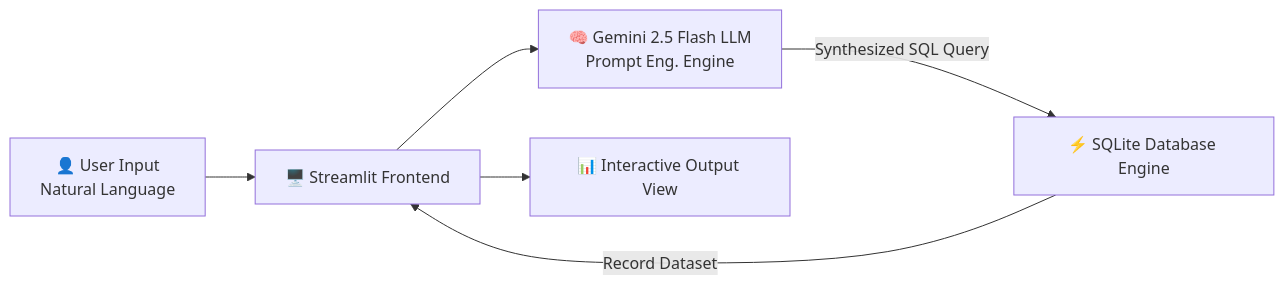
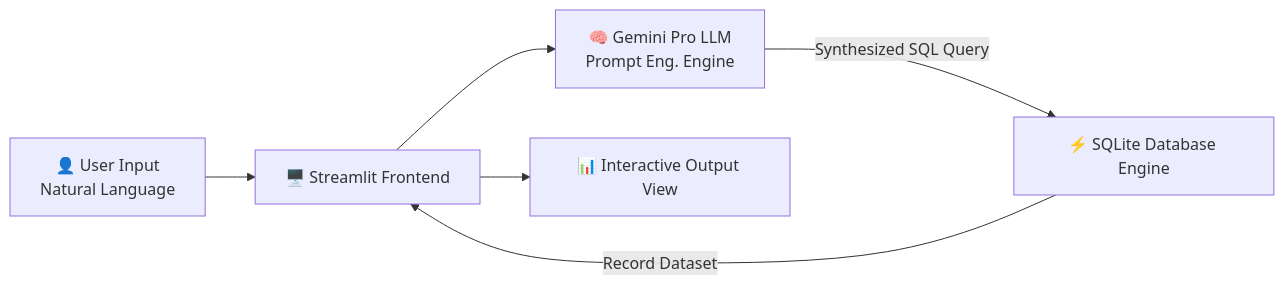
The diagram in README.md (VickyJayraj/DB-Copilot), drawn with Mermaid before and after one commit. The commit also changed other lines of this file and 1 other file, not shown here.

Commit message:
changed the model to pro

````diff
--- a/README.md
+++ b/README.md
@@ -25,8 +25,8 @@
 ```mermaid
 flowchart LR
     A[👤 User Input\nNatural Language] --> B[🖥️ Streamlit Frontend]
-    B --> C[🧠 Gemini 2.5 Flash LLM\nPrompt Eng. Engine]
+    B --> C[🧠 Gemini Pro LLM\nPrompt Eng. Engine]
     C -->|Synthesized SQL Query| D[⚡ SQLite Database Engine]
     D -->|Record Dataset| B
     B --> E[📊 Interactive Output View]
 ```
````
